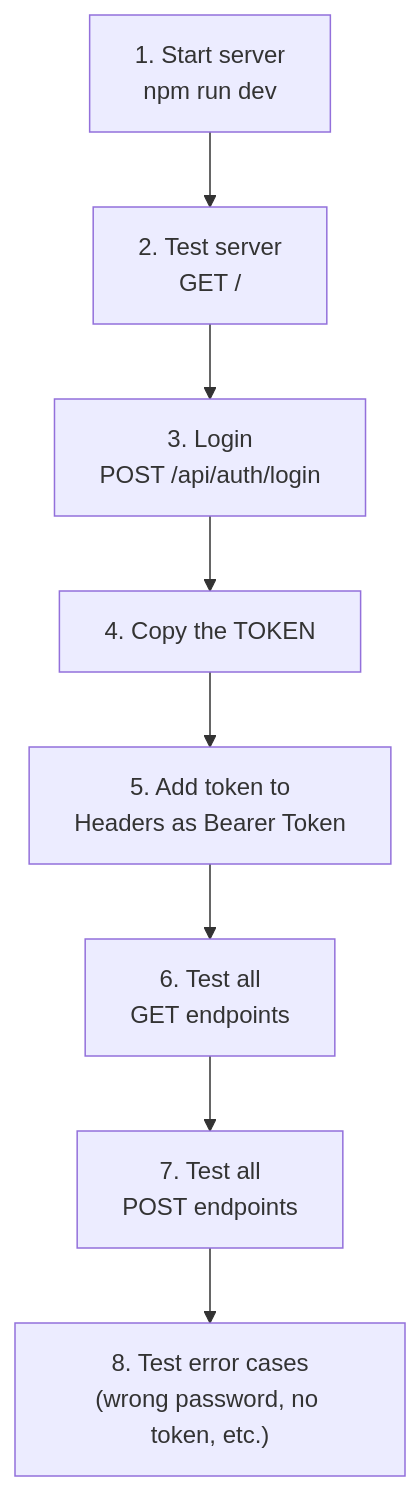
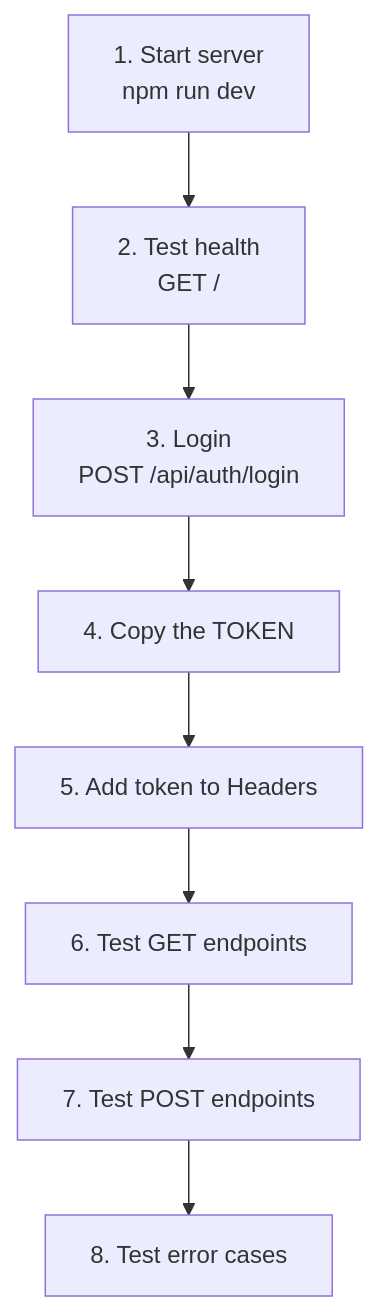
Diagram 30 of 30 in backend/README.md (Nimsika-Bosilu/designHer_2.0-Student-Attendance-Management-System), drawn with Mermaid before and after one commit. The commit also changed other lines of this file, not shown here.

````diff
--- a/backend/README.md
+++ b/backend/README.md
@@ -2772,10 +2224,10 @@
 ```mermaid
 flowchart TD
-    A["1. Start server\nnpm run dev"] --> B["2. Test server\nGET /"]
+    A["1. Start server\nnpm run dev"] --> B["2. Test health\nGET /"]
     B --> C["3. Login\nPOST /api/auth/login"]
     C --> D["4. Copy the TOKEN"]
-    D --> E["5. Add token to\nHeaders as Bearer Token"]
-    E --> F["6. Test all\nGET endpoints"]
-    F --> G["7. Test all\nPOST endpoints"]
-    G --> H["8. Test error cases\n(wrong password, no token, etc.)"]
+    D --> E["5. Add token to Headers"]
+    E --> F["6. Test GET endpoints"]
+    F --> G["7. Test POST endpoints"]
+    G --> H["8. Test error cases"]
 ```
````
